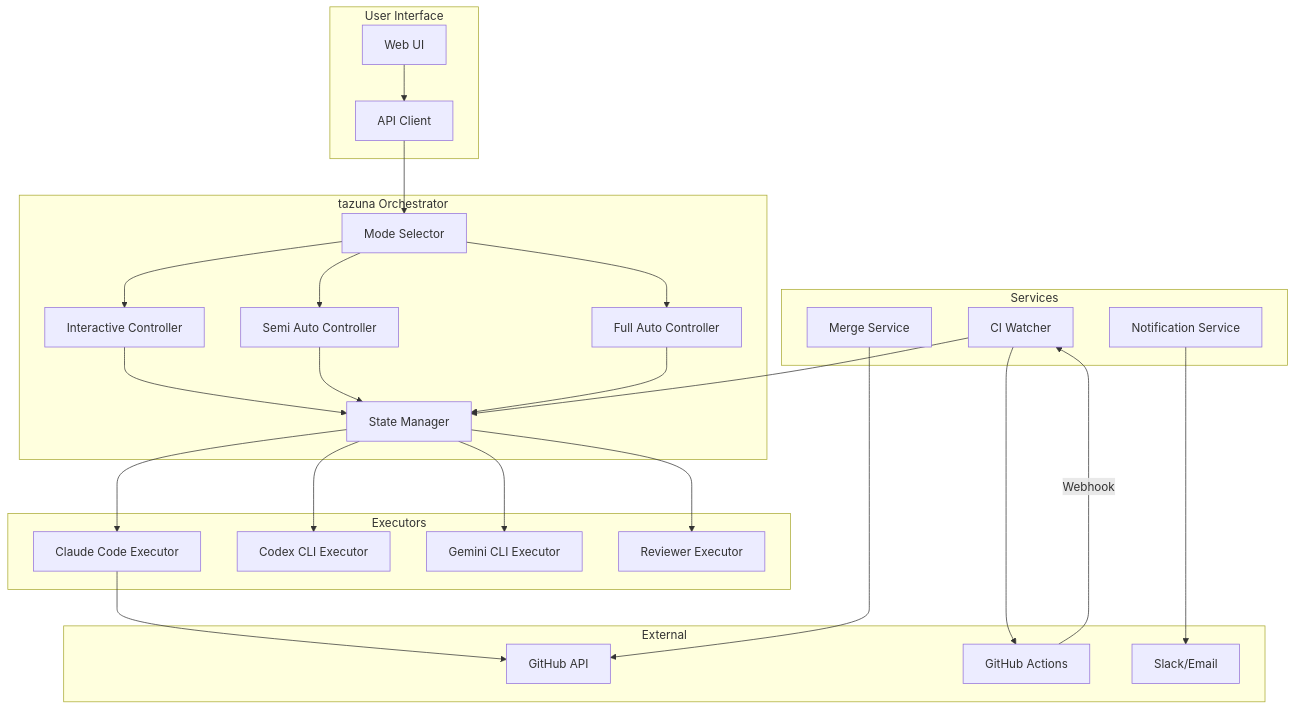
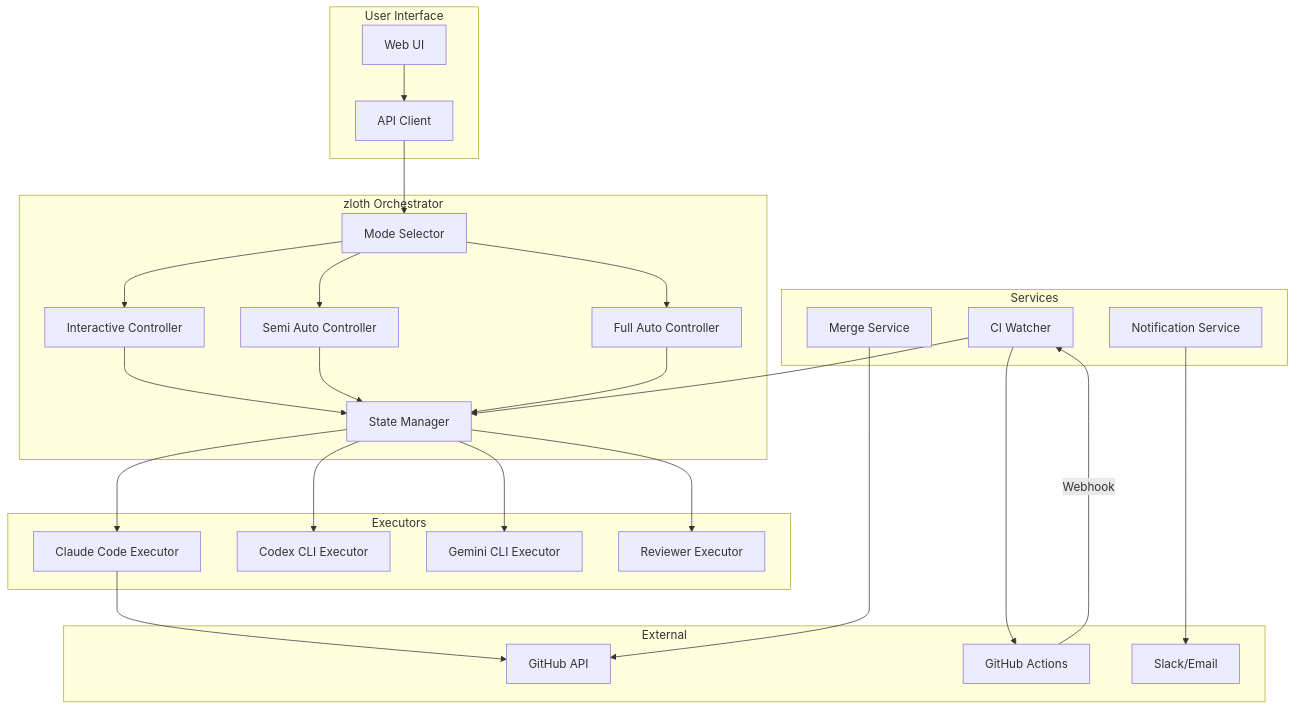
Before and after one commit to hampen2929/zloth: diagram 11 of 16 in docs/coding-mode.md, drawn with Mermaid. The commit also changed other lines of this file and 175 other files, not shown here.

````diff
--- a/docs/coding-mode.md
+++ b/docs/coding-mode.md
@@ -453,58 +453,58 @@
 ```mermaid
 flowchart TB
     subgraph User["User Interface"]
         UI[Web UI]
         API_Client[API Client]
     end
 
-    subgraph Orchestrator["tazuna Orchestrator"]
+    subgraph Orchestrator["zloth Orchestrator"]
         ModeSelector[Mode Selector]
         InteractiveCtrl[Interactive Controller]
         SemiAutoCtrl[Semi Auto Controller]
         FullAutoCtrl[Full Auto Controller]
         StateManager[State Manager]
     end
 
     subgraph Executors["Executors"]
         ClaudeCode[Claude Code Executor]
         CodexCLI[Codex CLI Executor]
         GeminiCLI[Gemini CLI Executor]
         ReviewerExec[Reviewer Executor]
     end
 
     subgraph Services["Services"]
         CIWatcher[CI Watcher]
         MergeService[Merge Service]
         NotifyService[Notification Service]
     end
 
     subgraph External["External"]
         GitHub[GitHub API]
         GitHubActions[GitHub Actions]
         Slack[Slack/Email]
     end
 
     UI --> API_Client
     API_Client --> ModeSelector
 
     ModeSelector --> InteractiveCtrl
     ModeSelector --> SemiAutoCtrl
     ModeSelector --> FullAutoCtrl
 
     InteractiveCtrl --> StateManager
     SemiAutoCtrl --> StateManager
     FullAutoCtrl --> StateManager
 
     StateManager --> ClaudeCode
     StateManager --> CodexCLI
     StateManager --> GeminiCLI
     StateManager --> ReviewerExec
 
     ClaudeCode --> GitHub
     CIWatcher --> GitHubActions
     MergeService --> GitHub
     NotifyService --> Slack
 
     GitHubActions -->|Webhook| CIWatcher
     CIWatcher --> StateManager
 ```
````
